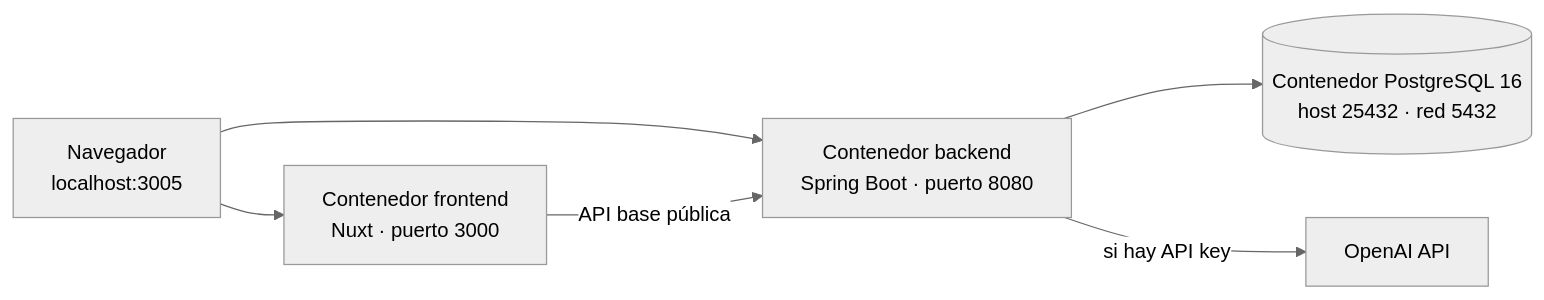
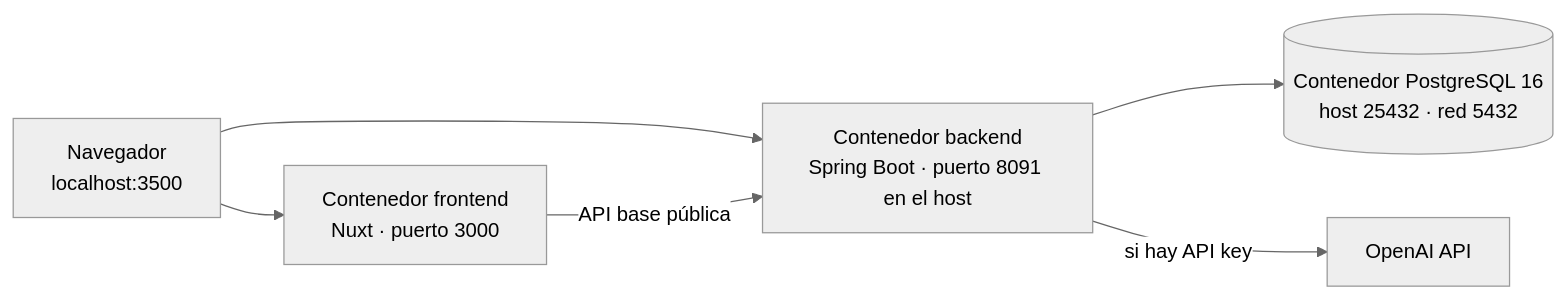
One commit to dnavarro-bj/AI4Devs-finalproject changed the second of 2 diagrams in README.md. Above: the diagram before and after it, drawn with Mermaid (neutral theme). The commit also changed other lines of this file and 158 other files, not shown here.

````diff
--- a/README.md
+++ b/README.md
@@ -282,8 +300,8 @@
 ```mermaid
 flowchart LR
-    B[Navegador<br/>localhost:3005] --> FE[Contenedor frontend<br/>Nuxt · puerto 3000]
-    B --> BE[Contenedor backend<br/>Spring Boot · puerto 8080]
+    B[Navegador<br/>localhost:3500] --> FE[Contenedor frontend<br/>Nuxt · puerto 3000]
+    B --> BE[Contenedor backend<br/>Spring Boot · puerto 8091 en el host]
     FE -->|API base pública| BE
     BE --> PG[(Contenedor PostgreSQL 16<br/>host 25432 · red 5432)]
     BE -->|si hay API key| OA[OpenAI API]
 ```
````
